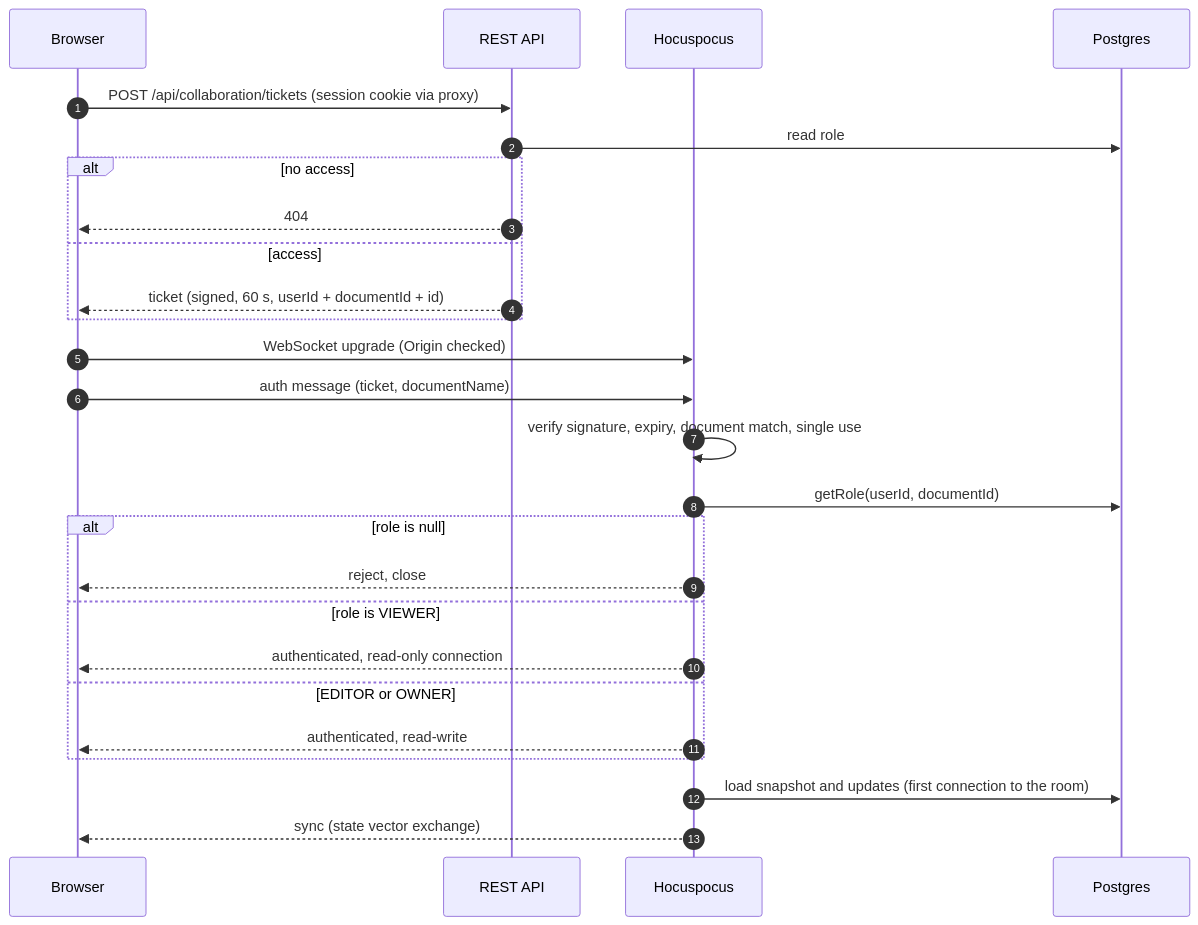
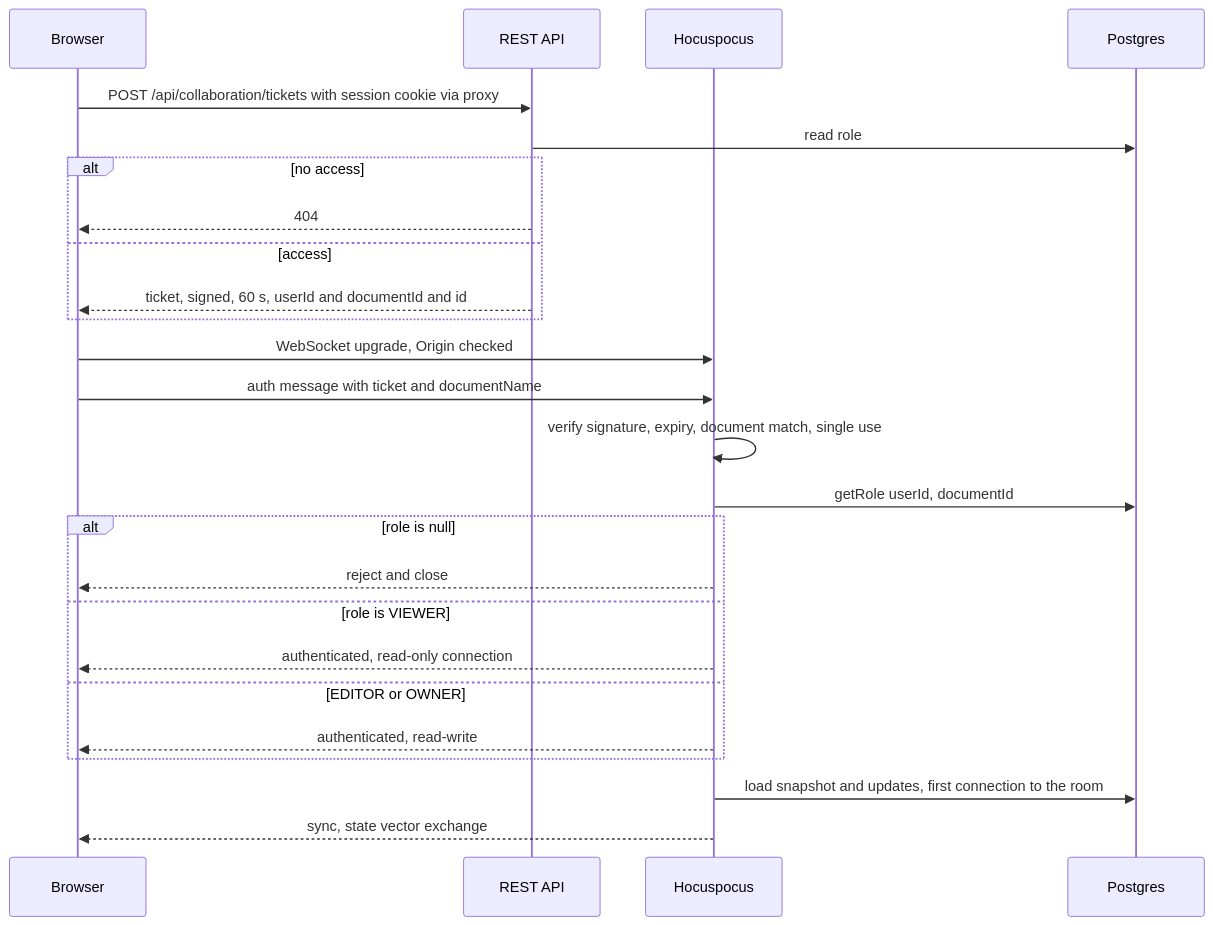
One commit to syncspace-app/syncspace changed the seventh of 18 diagrams in docs/architecture-lld.md. Above: the diagram before and after it, drawn with Mermaid. The commit also changed other lines of this file and 2 other files, not shown here.

````diff
--- a/docs/architecture-lld.md
+++ b/docs/architecture-lld.md
@@ -392,29 +487,27 @@
 ```mermaid
 sequenceDiagram
-  autonumber
   participant B as Browser
-  participant A as REST API
+  participant R as REST API
   participant H as Hocuspocus
-  participant D as Postgres
-
-  B->>A: POST /api/collaboration/tickets (session cookie via proxy)
-  A->>D: read role
+  participant P as Postgres
+  B->>R: POST /api/collaboration/tickets with session cookie via proxy
+  R->>P: read role
   alt no access
-    A-->>B: 404
+    R-->>B: 404
   else access
-    A-->>B: ticket (signed, 60 s, userId + documentId + id)
+    R-->>B: ticket, signed, 60 s, userId and documentId and id
   end
-  B->>H: WebSocket upgrade (Origin checked)
-  B->>H: auth message (ticket, documentName)
+  B->>H: WebSocket upgrade, Origin checked
+  B->>H: auth message with ticket and documentName
   H->>H: verify signature, expiry, document match, single use
-  H->>D: getRole(userId, documentId)
+  H->>P: getRole userId, documentId
   alt role is null
-    H-->>B: reject, close
+    H-->>B: reject and close
   else role is VIEWER
     H-->>B: authenticated, read-only connection
   else EDITOR or OWNER
     H-->>B: authenticated, read-write
   end
-  H->>D: load snapshot and updates (first connection to the room)
-  H-->>B: sync (state vector exchange)
+  H->>P: load snapshot and updates, first connection to the room
+  H-->>B: sync, state vector exchange
 ```
````
